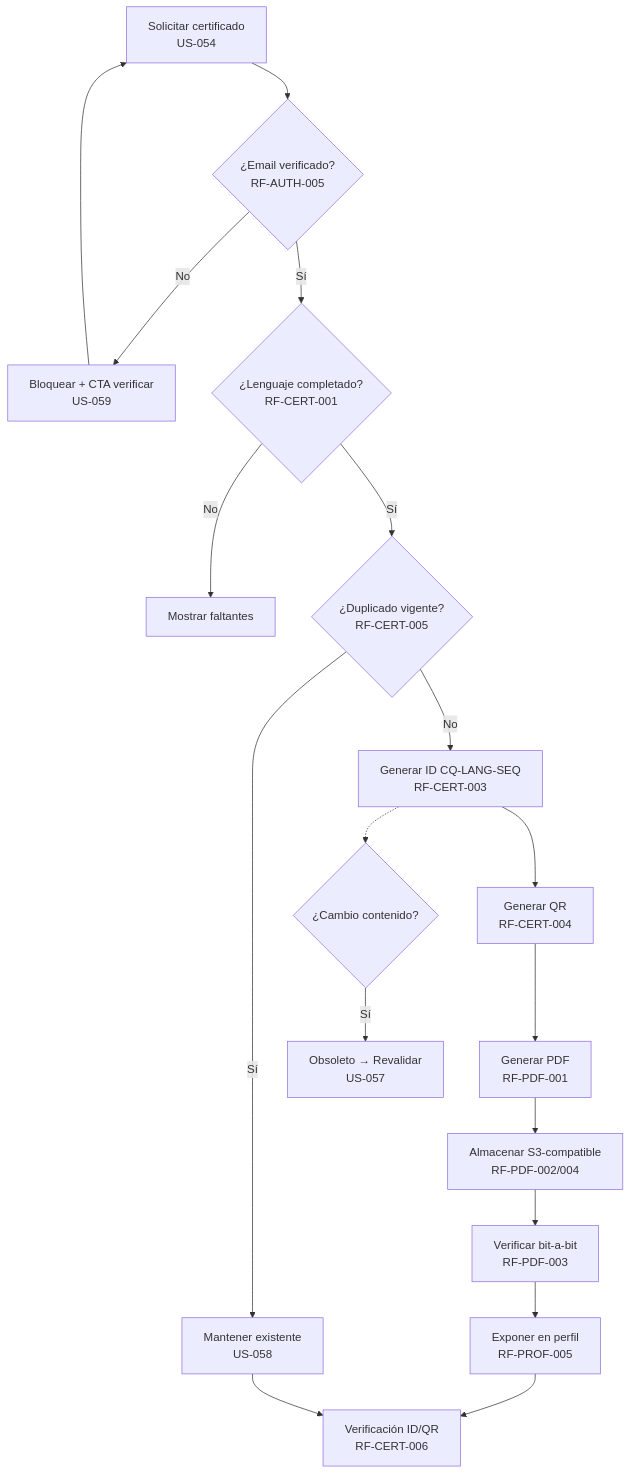
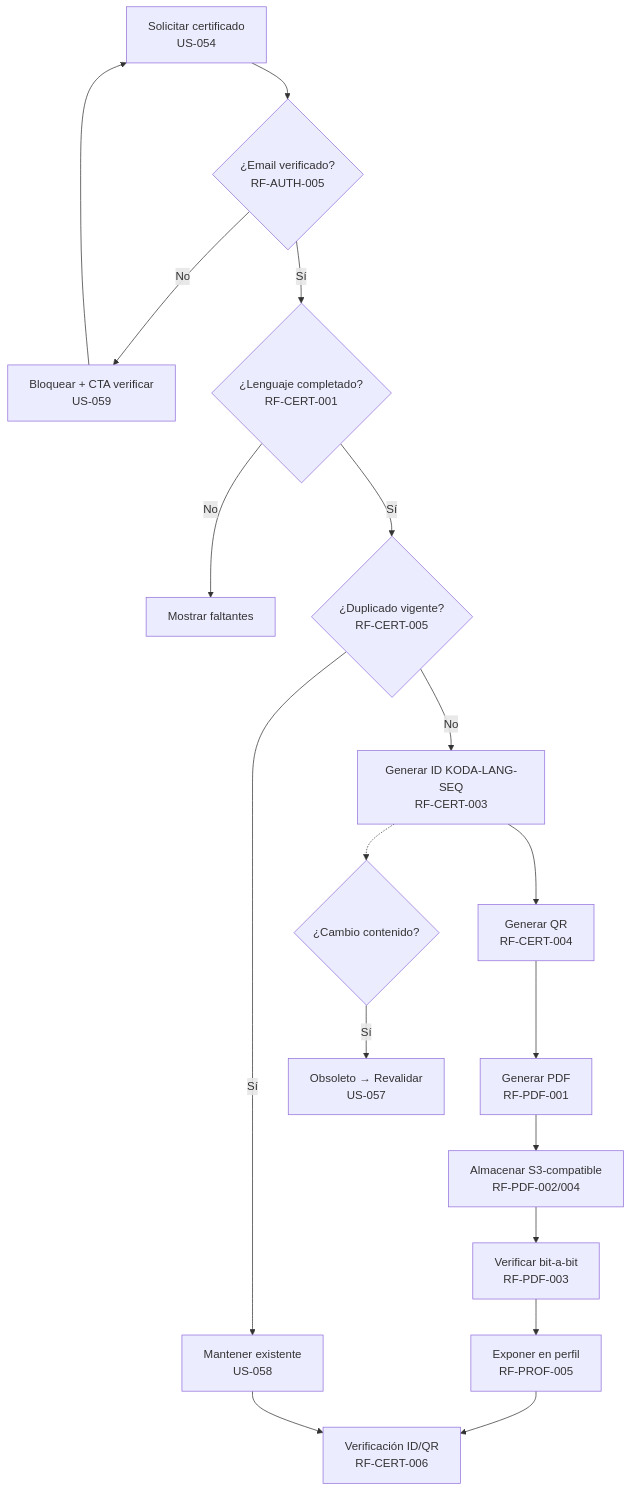
One commit to nastex123/DuolingoProgramacion changed diagram 14 of 17 in docs/09_USER_FLOWS.md. Above: the diagram before and after it, drawn with Mermaid. The commit also changed other lines of this file and 29 other files, not shown here.

````diff
--- a/docs/09_USER_FLOWS.md
+++ b/docs/09_USER_FLOWS.md
@@ -808,20 +808,20 @@
 ```mermaid
 flowchart TD
     A[Solicitar certificado<br/>US-054] --> B{¿Email verificado?<br/>RF-AUTH-005}
     B -->|No| C[Bloquear + CTA verificar<br/>US-059]
     C --> A
     B -->|Sí| D{¿Lenguaje completado?<br/>RF-CERT-001}
     D -->|No| E[Mostrar faltantes]
     D -->|Sí| F{¿Duplicado vigente?<br/>RF-CERT-005}
     F -->|Sí| G[Mantener existente<br/>US-058]
-    F -->|No| H[Generar ID CQ-LANG-SEQ<br/>RF-CERT-003]
+    F -->|No| H[Generar ID KODA-LANG-SEQ<br/>RF-CERT-003]
     H --> I[Generar QR<br/>RF-CERT-004]
     I --> J[Generar PDF<br/>RF-PDF-001]
     J --> K[Almacenar S3-compatible<br/>RF-PDF-002/004]
     K --> L[Verificar bit-a-bit<br/>RF-PDF-003]
     L --> M[Exponer en perfil<br/>RF-PROF-005]
     M --> N[Verificación ID/QR<br/>RF-CERT-006]
     G --> N
     H -.-> O{¿Cambio contenido?}
     O -->|Sí| P[Obsoleto → Revalidar<br/>US-057]
 ```
````
